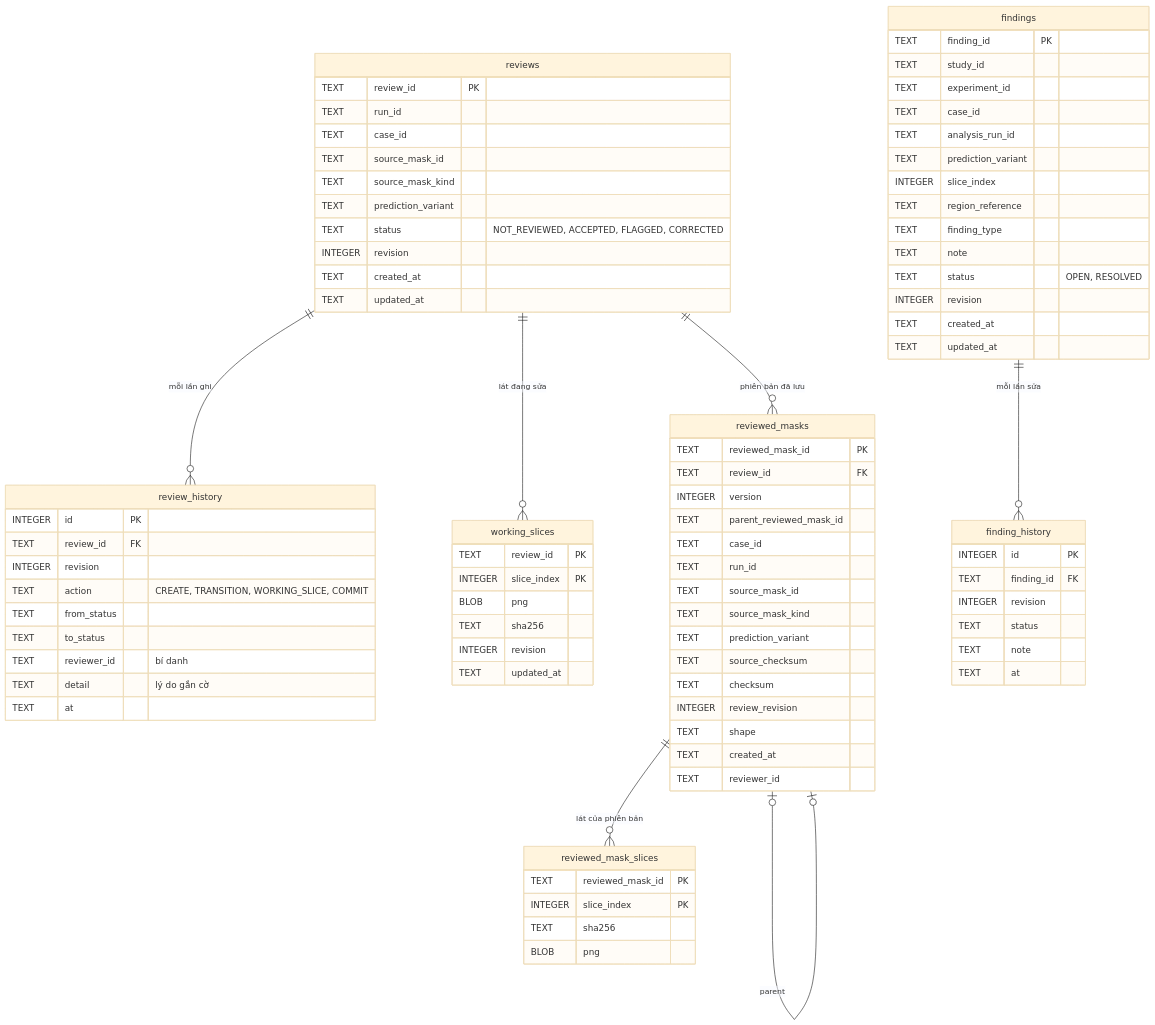
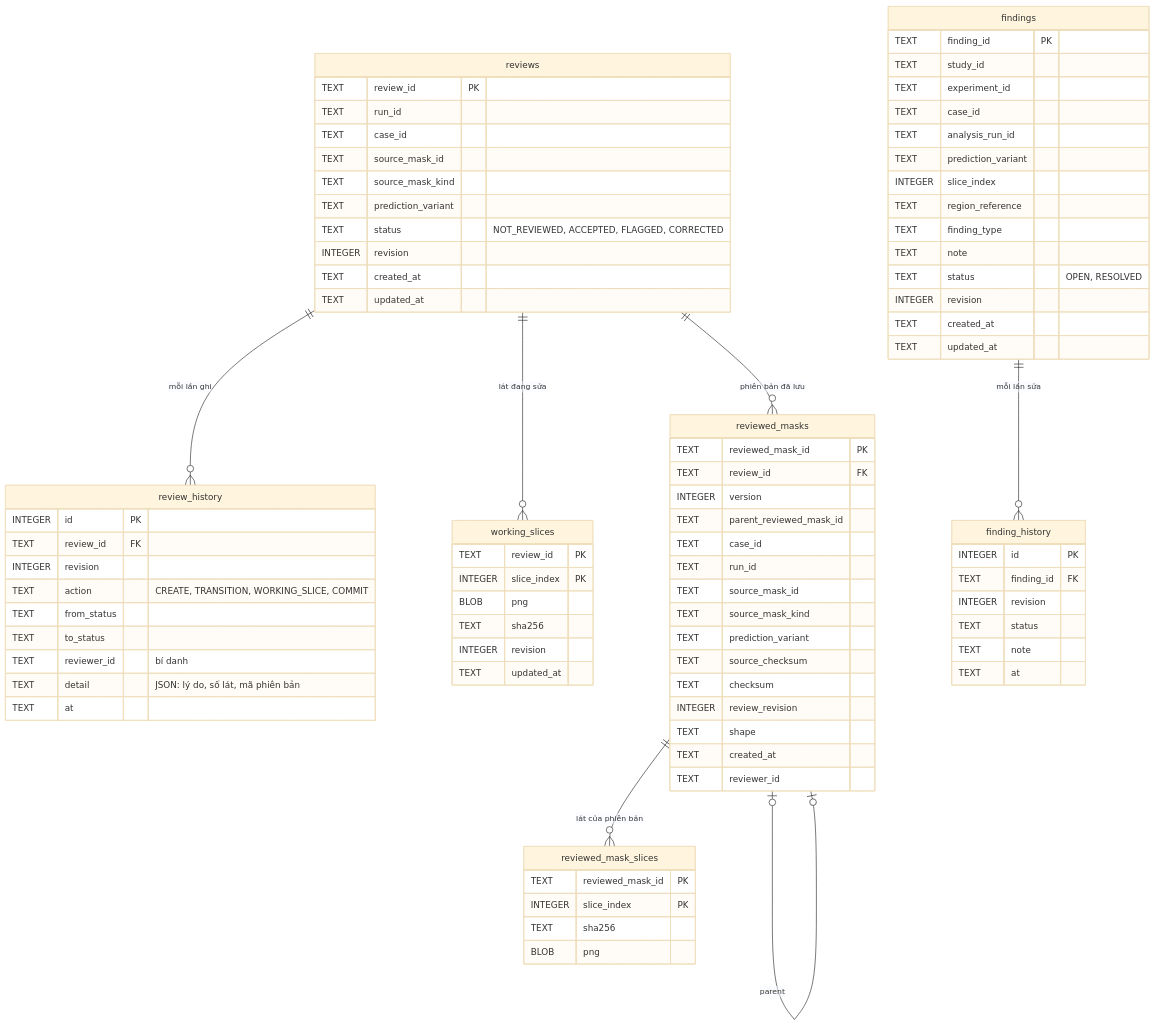
Before and after one commit to Drake-Phamta/cardiac-mri-workspace: the diagram in docs/spec/05_du-lieu-csdl.md, drawn with Mermaid (base theme). The commit also changed other lines of this file and 9 other files, not shown here.

```diff
--- a/docs/spec/05_du-lieu-csdl.md
+++ b/docs/spec/05_du-lieu-csdl.md
@@ -61,7 +61,7 @@
     TEXT from_status
     TEXT to_status
     TEXT reviewer_id "bí danh"
-    TEXT detail "lý do gắn cờ"
+    TEXT detail "JSON: lý do, số lát, mã phiên bản"
     TEXT at
   }
   working_slices {
```
